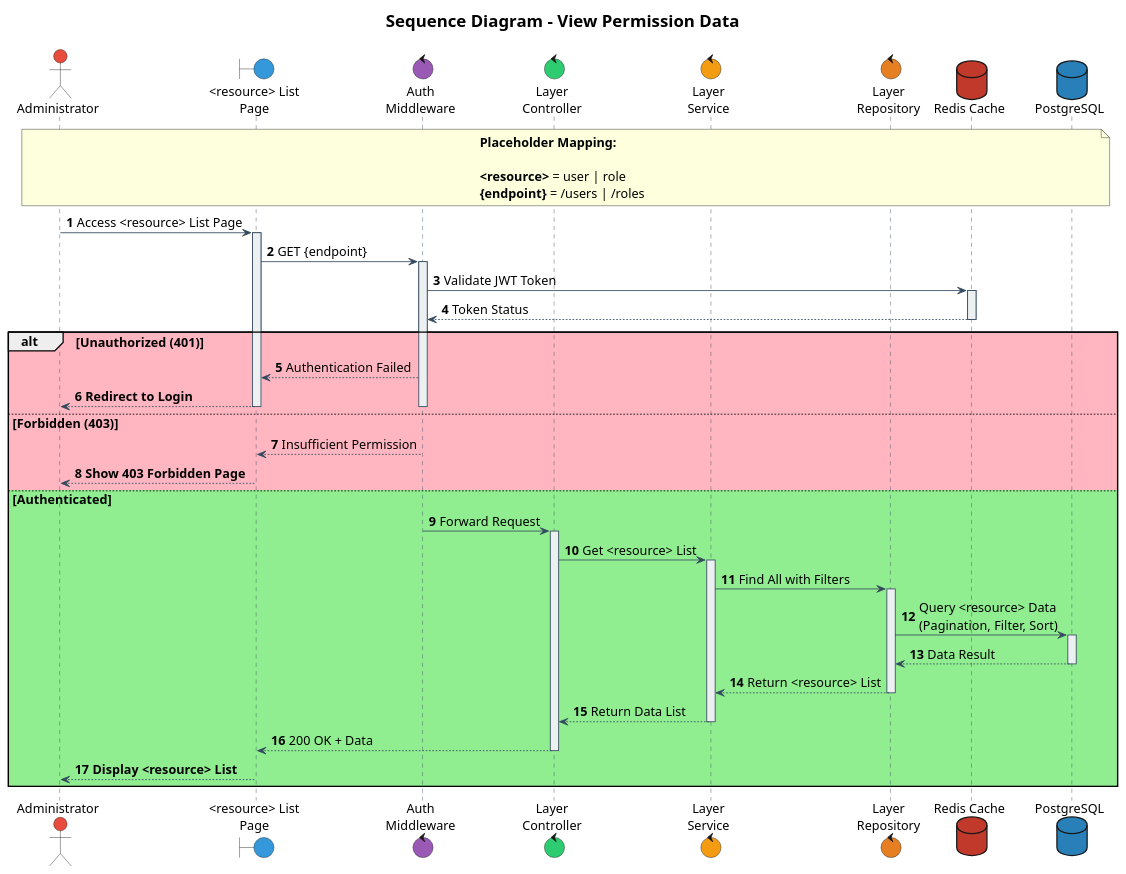
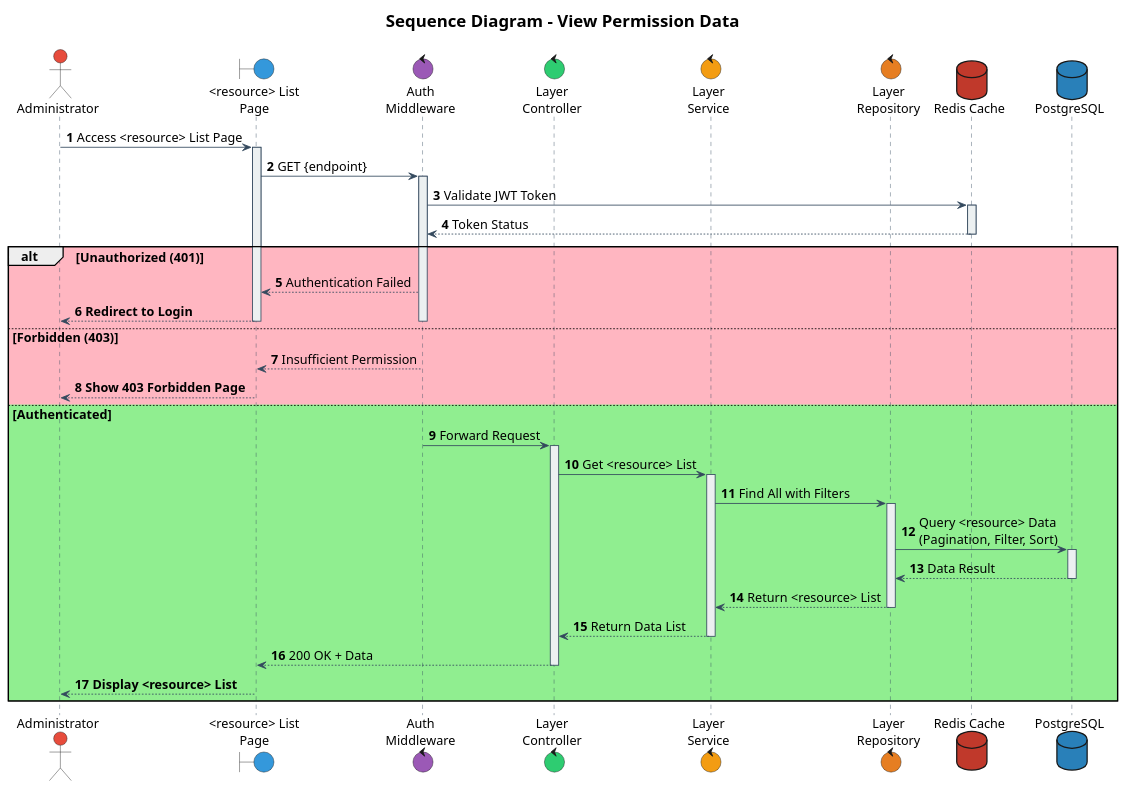
One commit to IntConnect/go-intconnect-api changed the diagram in documentation/sequence/management-user/permission/view.puml. Above: the diagram before and after it, drawn with PlantUML. The commit also changed 22 other files, not shown here.

Commit message:
feat(activity, sequence): Add some activity and sequence diagram

```diff
--- a/documentation/sequence/management-user/permission/view.puml
+++ b/documentation/sequence/management-user/permission/view.puml
@@ -1,109 +1,104 @@
 @startuml
 
 ' Font configuration
 skinparam defaultFontName Times New Roman
 skinparam defaultFontSize 15
 
 ' Participant styling
 skinparam participant {
     BackgroundColor #ECF0F1
     BorderColor #34495E
     FontColor Black
     FontName Times New Roman
     FontSize 15
 }
 
 skinparam sequence {
     ArrowColor #34495E
     LifeLineBorderColor #34495E
     LifeLineBackgroundColor #ECF0F1
     ArrowFontName Times New Roman
     ArrowFontSize 15
 }
 
 skinparam actorFontSize 15
 skinparam noteFontSize 15
 skinparam noteFontName "Times New Roman"
 
 ' Actors and components
 actor "Administrator" as admin #E74C3C
 boundary "<resource> List\nPage" as boundList #3498DB
 control "Auth\nMiddleware" as authMiddleware #9B59B6
 control "Layer\nController" as controller #2ECC71
 control "Layer\nService" as service #F39C12
 control "Layer\nRepository" as repository #E67E22
 database "Redis Cache" as dbRedis #C0392B
 database "PostgreSQL" as dbPsql #2980B9
 
 title
 <size:20><b>Sequence Diagram - View Permission Data</b></size>
 ----
 end title
 
 autonumber
 
-note over admin, dbPsql
-    **Placeholder Mapping:**
 
-    <b><resource></b> = user | role
-    <b>{endpoint}</b> = /users | /roles
-end note
 
 ' === MAIN FLOW ===
 admin -> boundList: Access <resource> List Page
 activate boundList
 
 boundList -> authMiddleware: GET {endpoint}
 activate authMiddleware
 
 ' === AUTHENTICATION ===
 authMiddleware -> dbRedis: Validate JWT Token
 activate dbRedis
 dbRedis --> authMiddleware: Token Status
 deactivate dbRedis
 
 alt #LightPink Unauthorized (401)
     authMiddleware --> boundList: Authentication Failed
     boundList --> admin: **Redirect to Login**
     deactivate authMiddleware
     deactivate boundList
     
 else #LightPink Forbidden (403)
     authMiddleware --> boundList: Insufficient Permission
     boundList --> admin: **Show 403 Forbidden Page**
     deactivate authMiddleware
     deactivate boundList
     
 else #LightGreen Authenticated
 
     authMiddleware -> controller: Forward Request
     deactivate authMiddleware
     activate controller
 
     controller -> service: Get <resource> List
     activate service
 
     ' === FETCH DATA FROM DATABASE ===
     service -> repository: Find All with Filters
     activate repository
     
     repository -> dbPsql: Query <resource> Data\n(Pagination, Filter, Sort)
     activate dbPsql
     dbPsql --> repository: Data Result
     deactivate dbPsql
     
     repository --> service: Return <resource> List
     deactivate repository
 
     service --> controller: Return Data List
     deactivate service
 
     controller --> boundList: 200 OK + Data
     deactivate controller
 
     boundList --> admin: **Display <resource> List**
     deactivate boundList
 
 end
 
 @enduml
```
